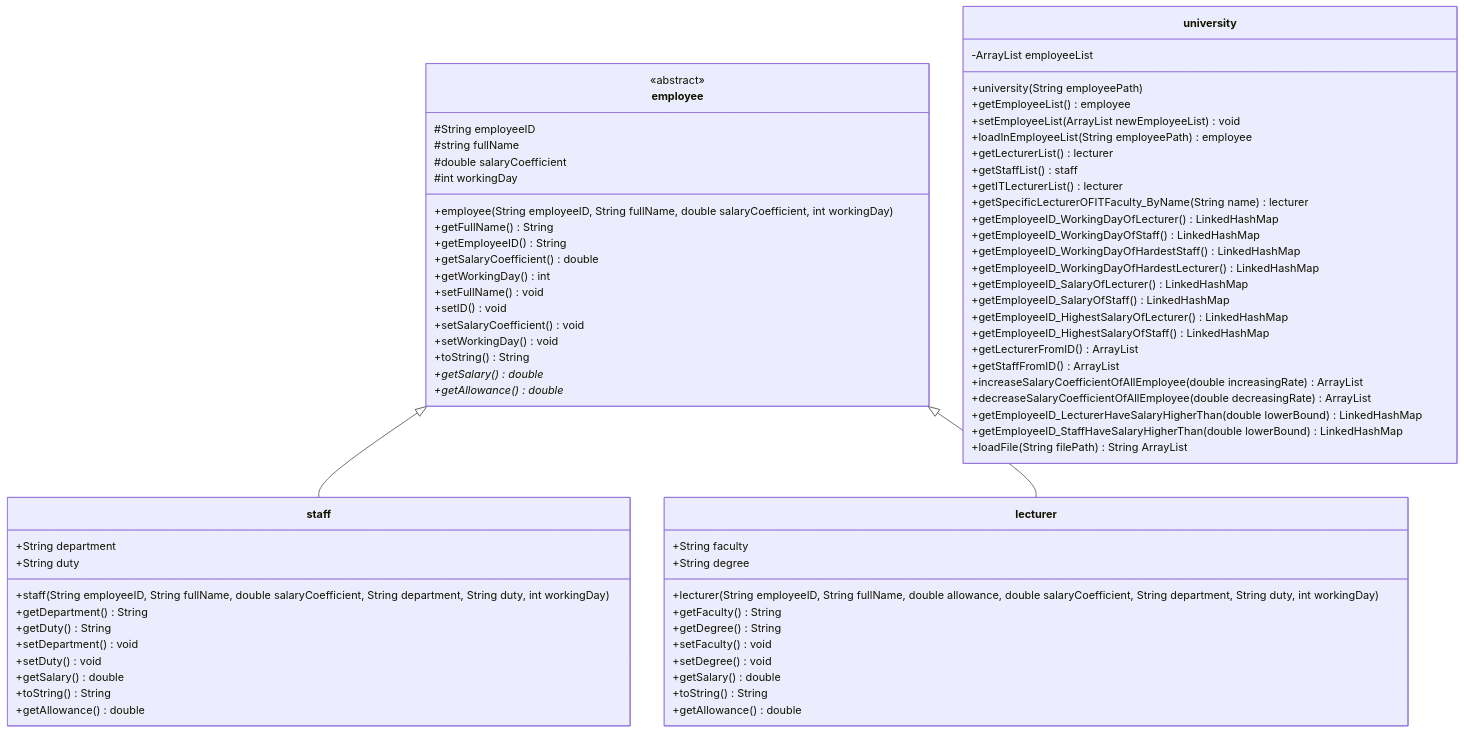
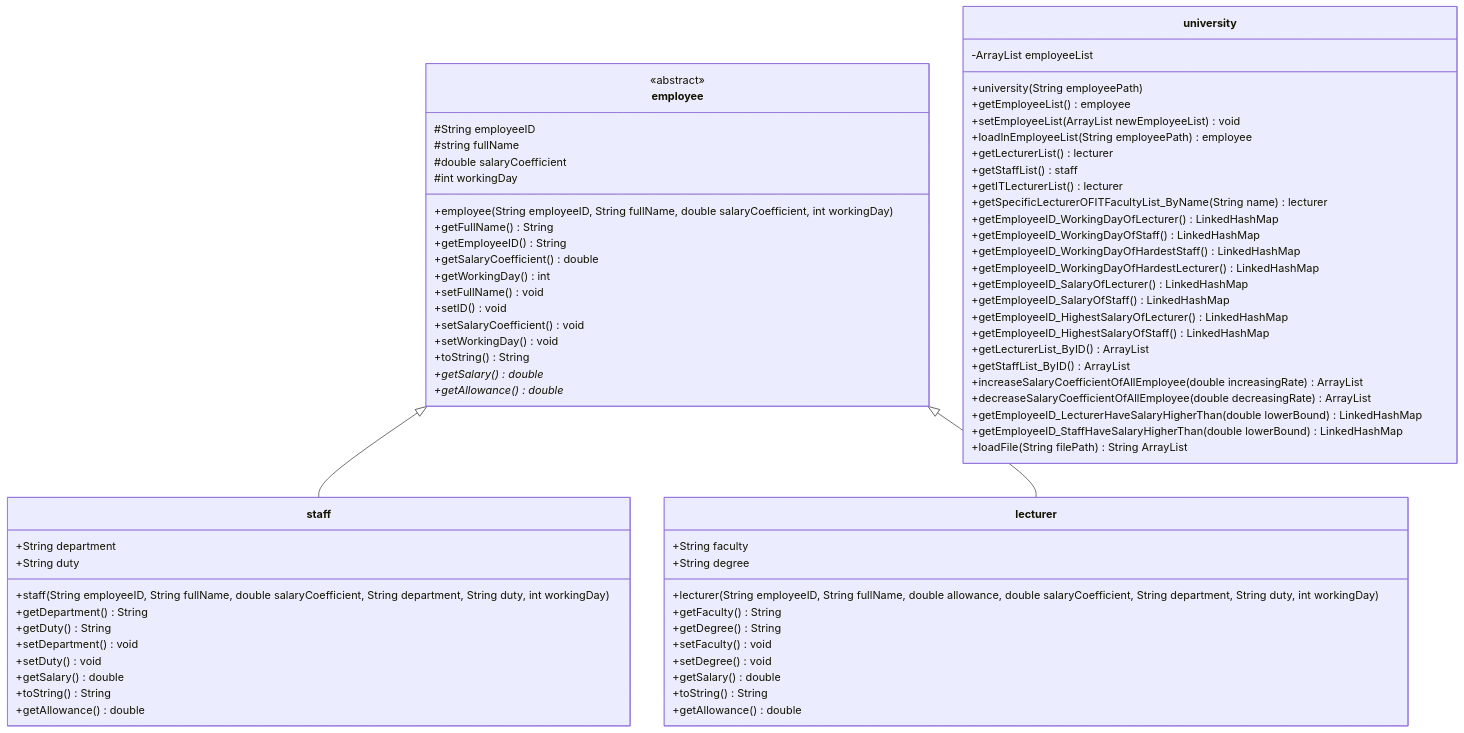
Before and after one commit to iLoveQueChi/UniversityManagementInJava: the diagram in readme.md, drawn with Mermaid.

```diff
--- a/readme.md
+++ b/readme.md
@@ -78,7 +78,7 @@
     +getLecturerList() lecturer
     +getStaffList() staff
     +getITLecturerList() lecturer
-    +getSpecificLecturerOFITFaculty_ByName(String name) lecturer
+    +getSpecificLecturerOFITFacultyList_ByName(String name) lecturer
     +getEmployeeID_WorkingDayOfLecturer() LinkedHashMap<String, Integer>
     +getEmployeeID_WorkingDayOfStaff() LinkedHashMap<String, Integer>
     +getEmployeeID_WorkingDayOfHardestStaff() LinkedHashMap<String, Integer>
@@ -87,8 +87,8 @@
     +getEmployeeID_SalaryOfStaff() LinkedHashMap<String, Double>
     +getEmployeeID_HighestSalaryOfLecturer() LinkedHashMap<String, Double>
     +getEmployeeID_HighestSalaryOfStaff() LinkedHashMap<String, Double>
-    +getLecturerFromID() ArrayList<lecturer>
-    +getStaffFromID() ArrayList<staff>   
+    +getLecturerList_ByID() ArrayList<lecturer>
+    +getStaffList_ByID() ArrayList<staff>   
     +increaseSalaryCoefficientOfAllEmployee(double increasingRate) ArrayList<employee>
     +decreaseSalaryCoefficientOfAllEmployee(double decreasingRate) ArrayList<employee>
     +getEmployeeID_LecturerHaveSalaryHigherThan(double lowerBound) LinkedHashMap<String, Double>
```
